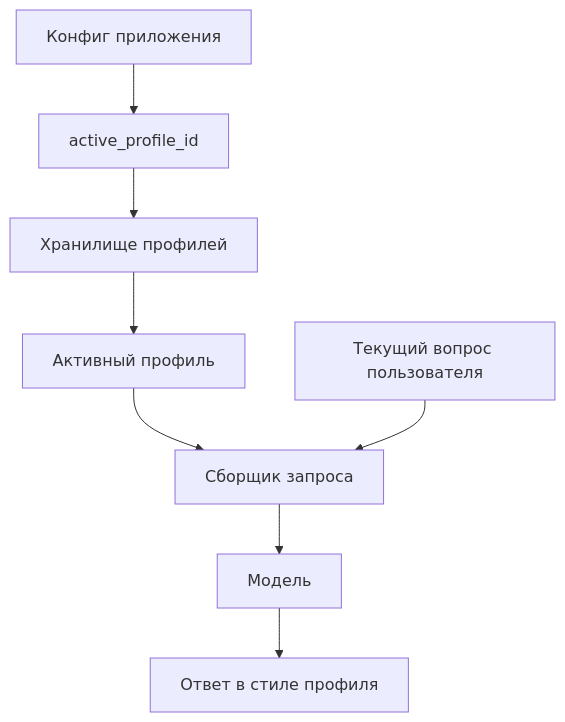
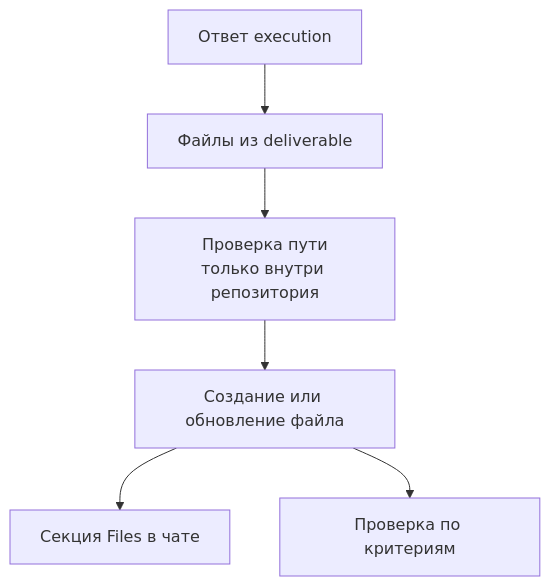
One commit to nikbrik/coding_writer changed the third of 6 diagrams in README.md. Above: the diagram before and after it, drawn with Mermaid. The commit also changed other lines of this file and 10 other files, not shown here.

````diff
--- a/README.md
+++ b/README.md
@@ -298,10 +69,8 @@
 ```mermaid
 flowchart TD
-    Config["Конфиг приложения"] --> Active["active_profile_id"]
-    Active --> ProfileStore["Хранилище профилей"]
-    ProfileStore --> Profile["Активный профиль"]
-    Profile --> PromptBuilder["Сборщик запроса"]
-    Query["Текущий вопрос пользователя"] --> PromptBuilder
-    PromptBuilder --> Model["Модель"]
-    Model --> Answer["Ответ в стиле профиля"]
+    Execution["Ответ execution"] --> Blocks["Файлы из deliverable"]
+    Blocks --> SafePath["Проверка пути<br/>только внутри репозитория"]
+    SafePath --> Write["Создание или обновление файла"]
+    Write --> UI["Секция Files в чате"]
+    Write --> Verify["Проверка по критериям"]
 ```
````
